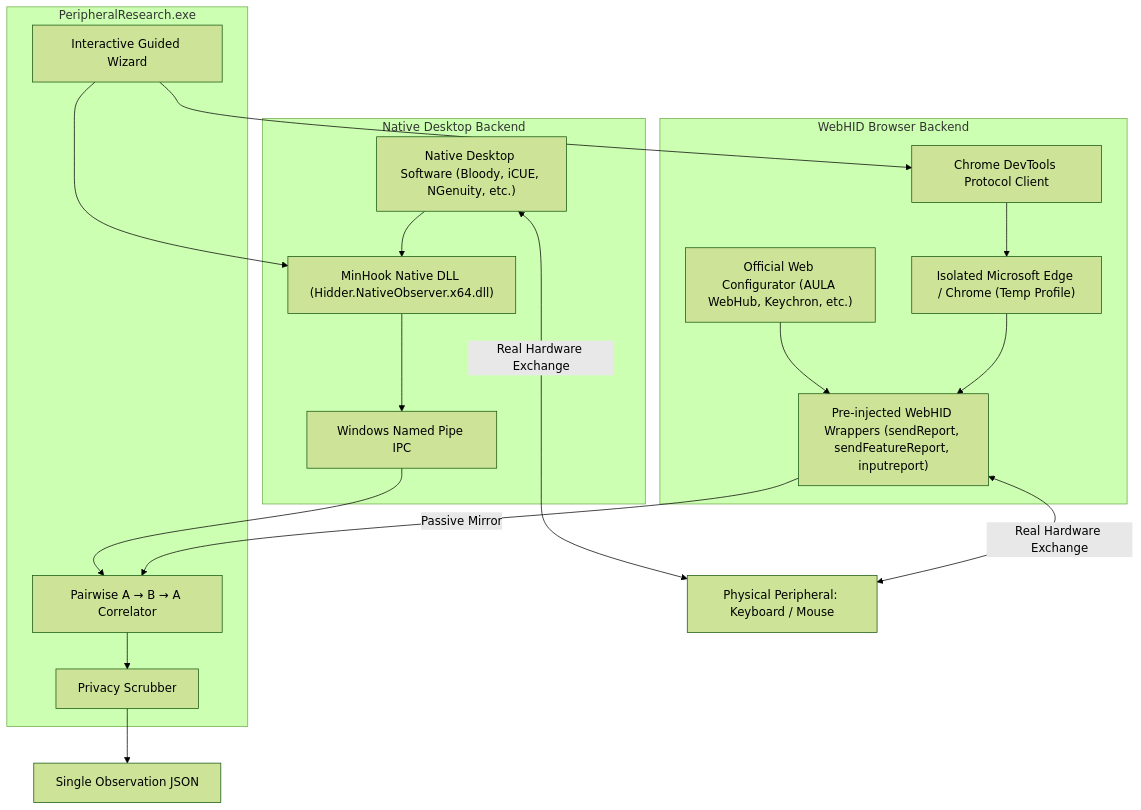
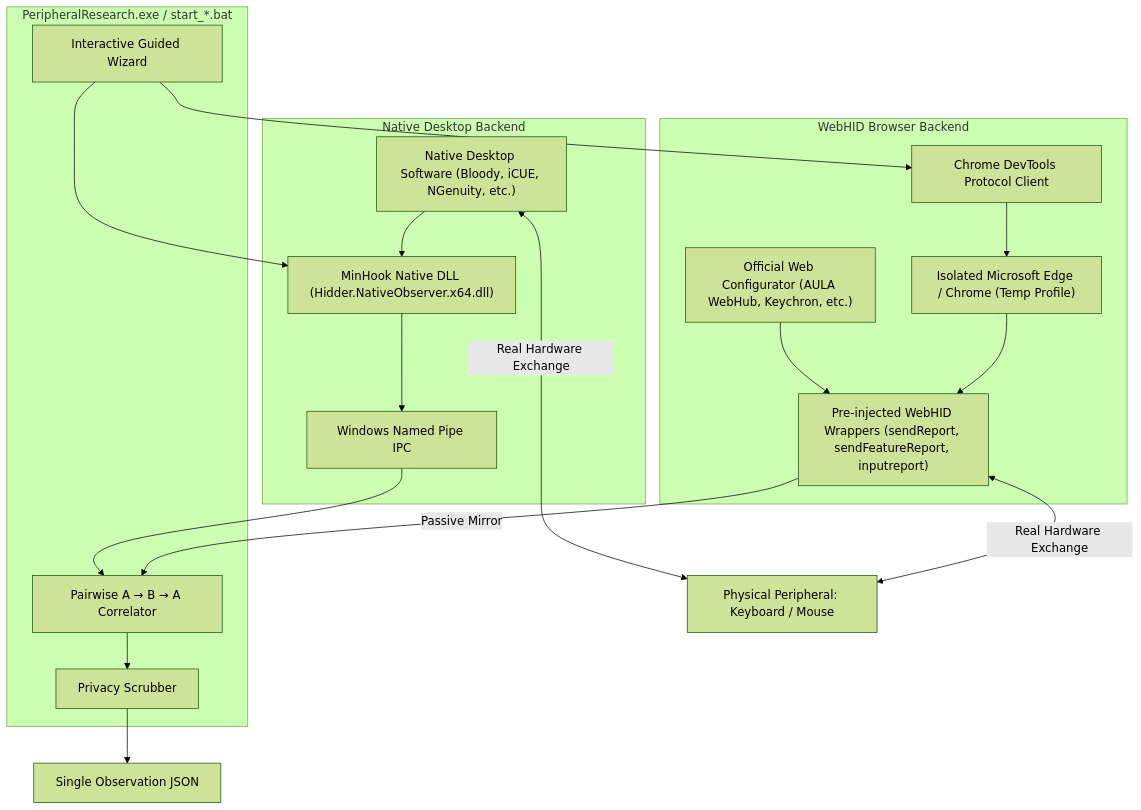
One commit to Phnem/Hidder changed the diagram in README.md. Above: the diagram before and after it, drawn with Mermaid (forest theme). The commit also changed other lines of this file and 3 other files, not shown here.

Commit message:
feat(launcher): add start_ru.bat and start_en.bat for running from source, update README security/download header

````diff
--- a/README.md
+++ b/README.md
@@ -42,39 +54,39 @@
 ```mermaid
 graph TD
-    subgraph Hidder ["PeripheralResearch.exe"]
+    subgraph Hidder ["PeripheralResearch.exe / start_*.bat"]
         Wizard[Interactive Guided Wizard]
         Correlator[Pairwise A → B → A Correlator]
         Privacy[Privacy Scrubber]
     end
 
     subgraph WebHID_Mode ["WebHID Browser Backend"]
         CDP[Chrome DevTools Protocol Client]
         Browser["Isolated Microsoft Edge / Chrome (Temp Profile)"]
         JSHooks["Pre-injected WebHID Wrappers (sendReport, sendFeatureReport, inputreport)"]
         WebVendor["Official Web Configurator (AULA WebHub, Keychron, etc.)"]
     end
 
     subgraph Native_Mode ["Native Desktop Backend"]
         MinHook["MinHook Native DLL (Hidder.NativeObserver.x64.dll)"]
         DesktopVendor["Native Desktop Software (Bloody, iCUE, NGenuity, etc.)"]
         NamedPipe["Windows Named Pipe IPC"]
     end
 
     Device[Physical Peripheral: Keyboard / Mouse]
 
     Wizard --> CDP
     CDP --> Browser
     Browser --> JSHooks
     WebVendor --> JSHooks
     JSHooks -->|Passive Mirror| Correlator
     JSHooks <-->|Real Hardware Exchange| Device
 
     Wizard --> MinHook
     DesktopVendor --> MinHook
     MinHook --> NamedPipe
     NamedPipe --> Correlator
     DesktopVendor <-->|Real Hardware Exchange| Device
 
     Correlator --> Privacy
     Privacy --> JSON[Single Observation JSON]
 ```
````
